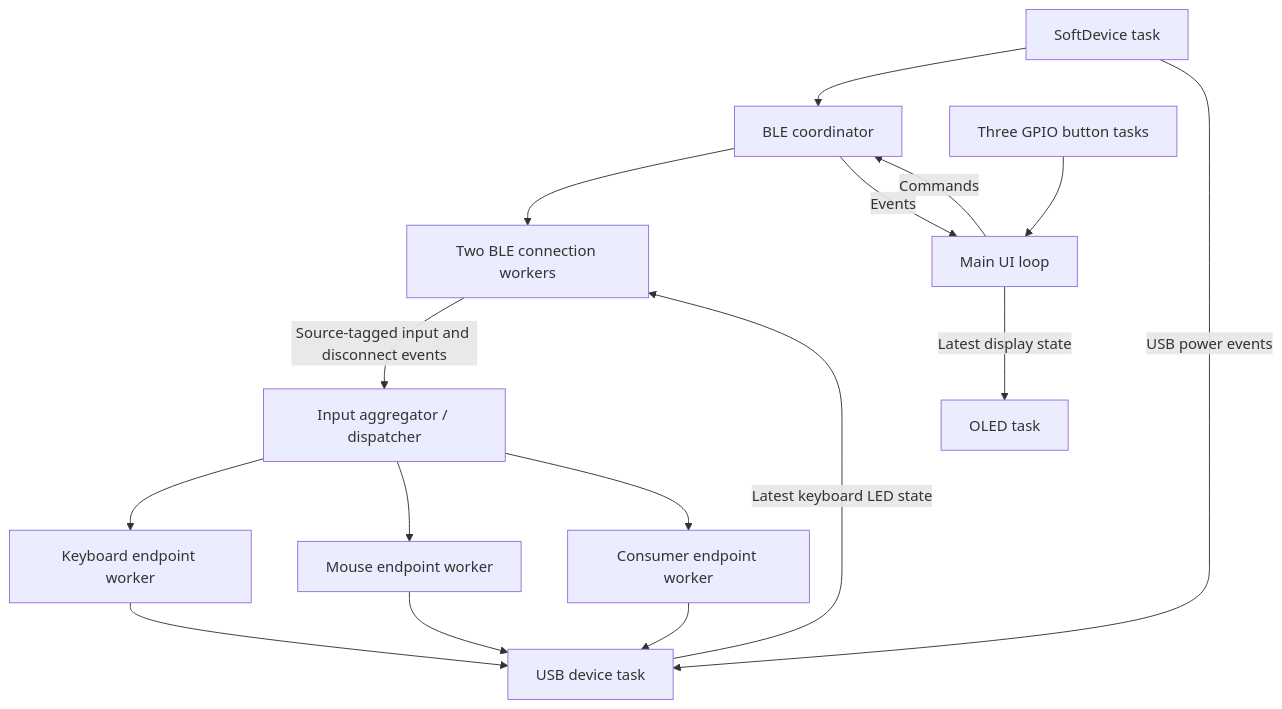
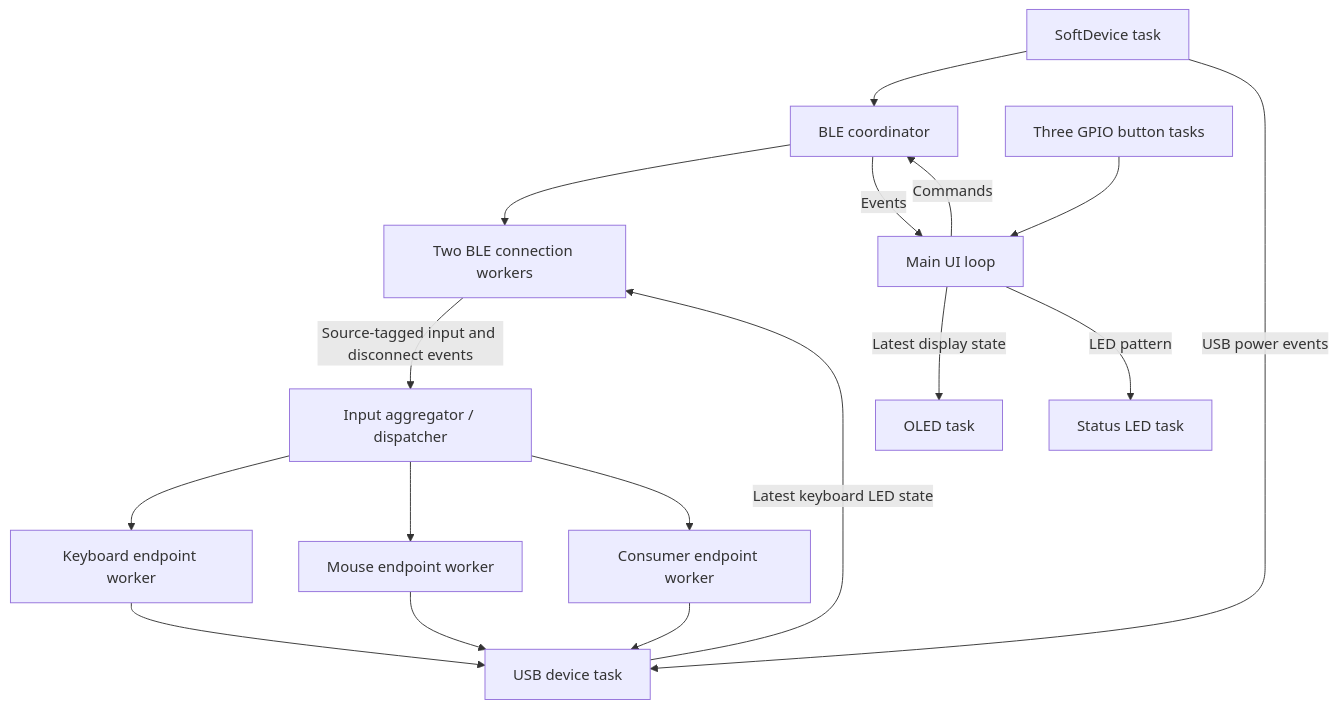
Before and after one commit to chefzaid/bt2usb: the third of 10 diagrams in docs/architecture.md, drawn with Mermaid. The commit also changed other lines of this file and 24 other files, not shown here.

First line of the commit message:
Add a status LED and two mounting holes to rev A

````diff
--- a/docs/architecture.md
+++ b/docs/architecture.md
@@ -224,18 +224,19 @@
 ```mermaid
 flowchart TD
     SD[SoftDevice task] --> BLE[BLE coordinator]
     BLE --> SLOT[Two BLE connection workers]
     SLOT -->|Source-tagged input and disconnect events| DISPATCH[Input aggregator / dispatcher]
     DISPATCH --> KB[Keyboard endpoint worker]
     DISPATCH --> MOUSE[Mouse endpoint worker]
     DISPATCH --> MEDIA[Consumer endpoint worker]
     KB --> USB[USB device task]
     MOUSE --> USB
     MEDIA --> USB
     BUTTONS[Three GPIO button tasks] --> UI[Main UI loop]
     UI -->|Commands| BLE
     BLE -->|Events| UI
     UI -->|Latest display state| DISPLAY[OLED task]
+    UI -->|LED pattern| LED[Status LED task]
     USB -->|Latest keyboard LED state| SLOT
     SD -->|USB power events| USB
 ```
````
